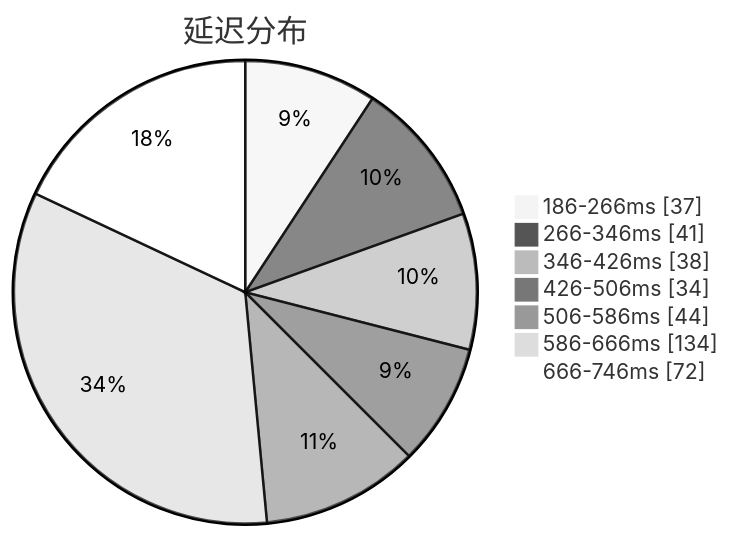
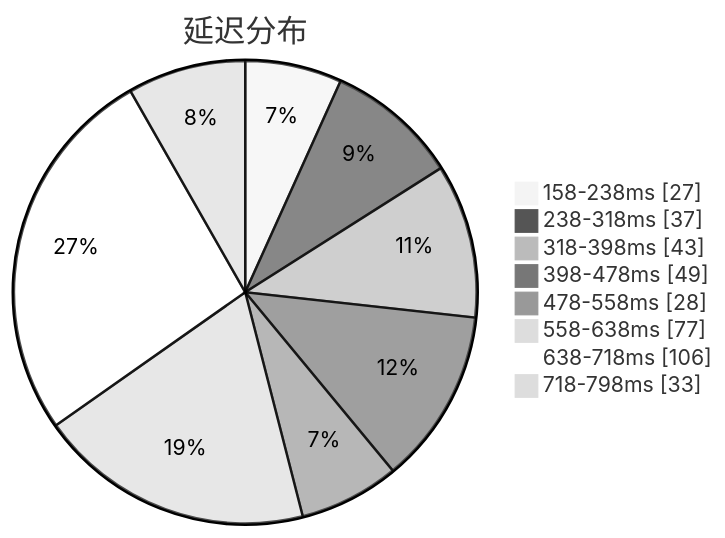
One commit to qjlxg/airport changed the first of 3 diagrams in subs/statistics/tested_within.md. Above: the diagram before and after it, drawn with Mermaid (neutral theme). The commit also changed other lines of this file and 2 other files, not shown here.

````diff
--- a/subs/statistics/tested_within.md
+++ b/subs/statistics/tested_within.md
@@ -2,11 +2,12 @@
 ```mermaid
 pie showData
 title 延迟分布
-"186-266ms" : 37
-"266-346ms" : 41
-"346-426ms" : 38
-"426-506ms" : 34
-"506-586ms" : 44
-"586-666ms" : 134
-"666-746ms" : 72
+"158-238ms" : 27
+"238-318ms" : 37
+"318-398ms" : 43
+"398-478ms" : 49
+"478-558ms" : 28
+"558-638ms" : 77
+"638-718ms" : 106
+"718-798ms" : 33
 ```
````
